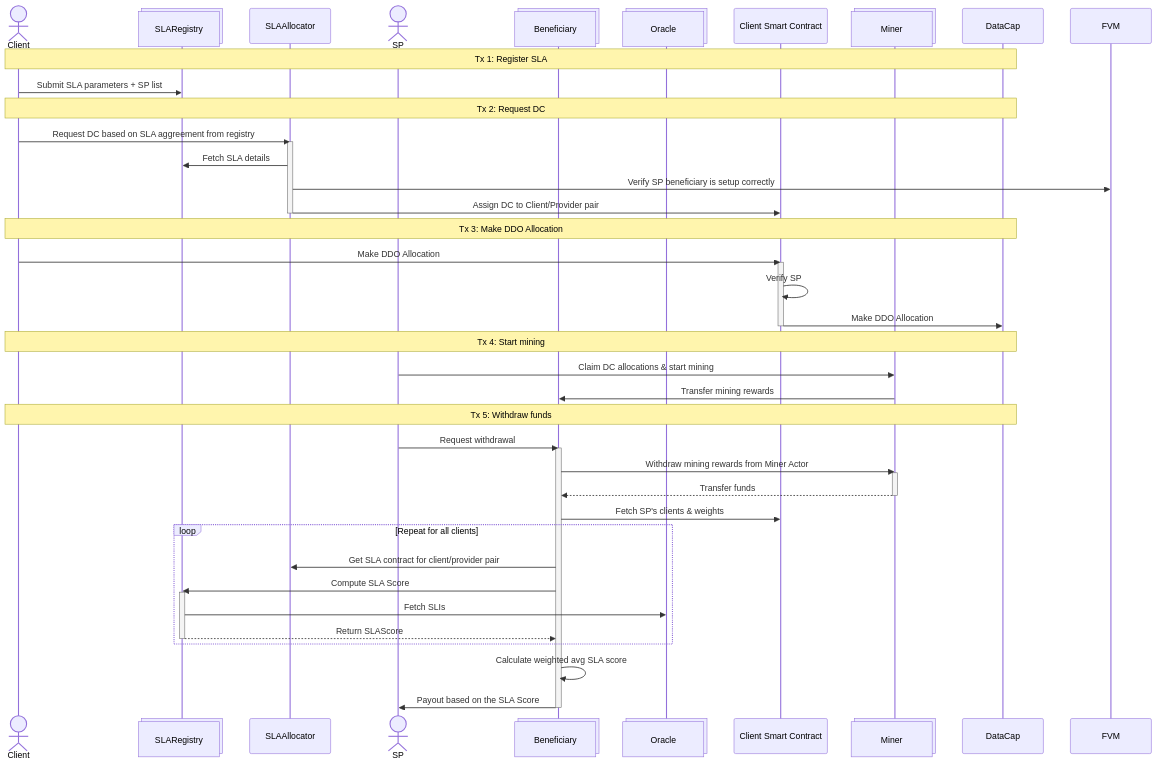
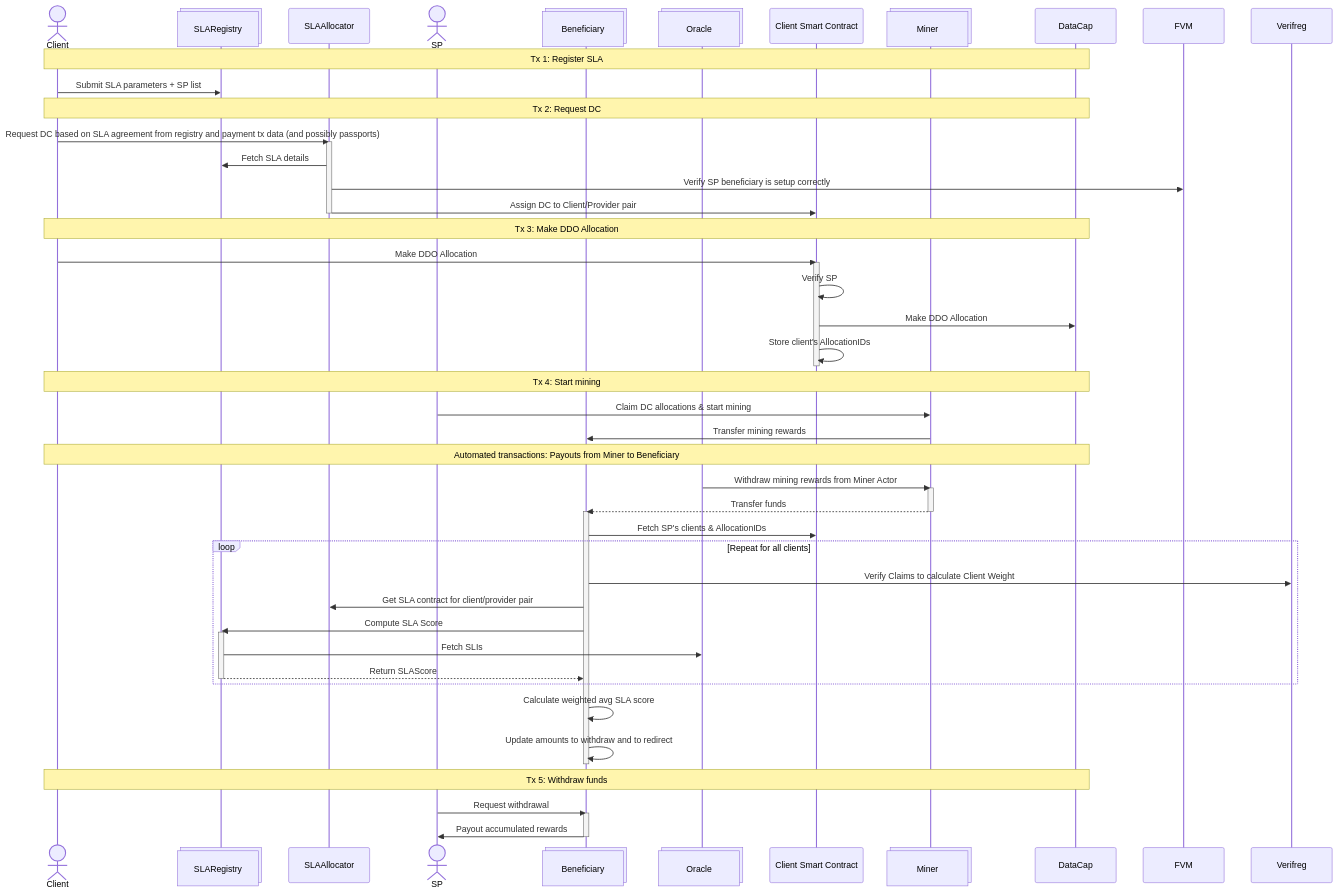
The first of 2 diagrams in README.md (kacperzuk-neti/sla-allocator-contracts), drawn with Mermaid before and after one commit. The commit also changed other lines of this file, not shown here.

````diff
--- a/README.md
+++ b/README.md
@@ -195,57 +260,64 @@
 ```mermaid
 sequenceDiagram
   actor Client
   participant SLARegistry@{ "type" : "collections" }
   participant SLAAllocator
   actor SP
   participant Beneficiary@{ "type" : "collections" }
   participant Oracle@{ "type" : "collections" }
   participant ClientSC as Client Smart Contract
   participant Miner@{ "type" : "collections" }
 
 note over Client,DataCap: Tx 1: Register SLA
   Client->>SLARegistry: Submit SLA parameters + SP list
 
 note over Client,DataCap: Tx 2: Request DC
-  Client->>SLAAllocator: Request DC based on SLA aggreement from registry
+  Client->>SLAAllocator: Request DC based on SLA agreement from registry and payment tx data (and possibly passports)
   activate SLAAllocator
   SLAAllocator->>SLARegistry: Fetch SLA details
 
   SLAAllocator->>FVM: Verify SP beneficiary is setup correctly
   SLAAllocator->>ClientSC: Assign DC to Client/Provider pair
   deactivate SLAAllocator
 
 note over Client,DataCap: Tx 3: Make DDO Allocation
   Client->>ClientSC: Make DDO Allocation
   activate ClientSC
   ClientSC->>ClientSC: Verify SP
   ClientSC->>DataCap: Make DDO Allocation
+  ClientSC->>ClientSC: Store client's AllocationIDs
   deactivate ClientSC
 
 note over Client,DataCap: Tx 4: Start mining
   SP->>Miner: Claim DC allocations & start mining
   Miner->>Beneficiary: Transfer mining rewards
-  
-note over Client,DataCap: Tx 5: Withdraw funds
-  SP->>Beneficiary: Request withdrawal
-  activate Beneficiary
-  Beneficiary->>Miner: Withdraw mining rewards from Miner Actor
+
+note over Client,DataCap: Automated transactions: Payouts from Miner to Beneficiary
+  Oracle->>Miner: Withdraw mining rewards from Miner Actor
   activate Miner
   Miner-->>Beneficiary: Transfer funds
   deactivate Miner
-  
-  Beneficiary->>ClientSC: Fetch SP's clients & weights
+  activate Beneficiary
+  Beneficiary->>ClientSC: Fetch SP's clients & AllocationIDs
   loop Repeat for all clients
+  Beneficiary->>Verifreg: Verify Claims to calculate Client Weight
   Beneficiary->>SLAAllocator: Get SLA contract for client/provider pair
   Beneficiary->>SLARegistry: Compute SLA Score
   activate SLARegistry
   SLARegistry->>Oracle: Fetch SLIs
   SLARegistry-->>Beneficiary: Return SLAScore
   deactivate SLARegistry
   end
   
   Beneficiary->>Beneficiary: Calculate weighted avg SLA score
+  Beneficiary->>Beneficiary: Update amounts to withdraw and to redirect
+  deactivate Beneficiary
 
-  Beneficiary->>SP: Payout based on the SLA Score
+
+note over Client,DataCap: Tx 5: Withdraw funds
+  SP->>Beneficiary: Request withdrawal
+  
+  activate Beneficiary
+  Beneficiary->>SP: Payout accumulated rewards
   deactivate Beneficiary
 ```
````
